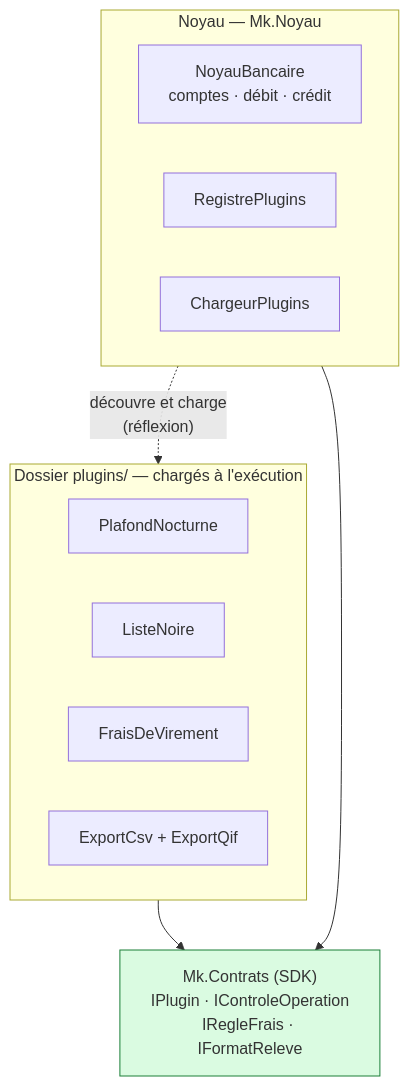
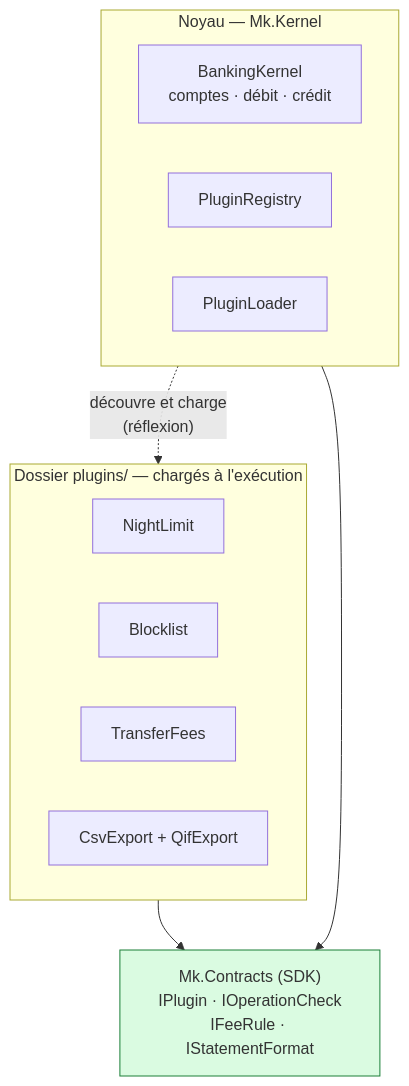
The first of 5 diagrams in Docs/13-microkernel.md (drangoht/ArchitecturesDemo), drawn with Mermaid before and after one commit. The commit also changed other lines of this file and 70 other files, not shown here.

Commit message:
Docs FR : identifiants, liens, diagrammes et sorties alignés sur le code anglais

````diff
--- a/Docs/13-microkernel.md
+++ b/Docs/13-microkernel.md
@@ -16,23 +16,23 @@
 ```mermaid
 flowchart TB
-    subgraph Noyau["Noyau — Mk.Noyau"]
+    subgraph Noyau["Noyau — Mk.Kernel"]
         direction LR
-        N["NoyauBancaire<br/>comptes · débit · crédit"]
-        R["RegistrePlugins"]
-        C["ChargeurPlugins"]
+        N["BankingKernel<br/>comptes · débit · crédit"]
+        R["PluginRegistry"]
+        C["PluginLoader"]
     end
-    SDK["Mk.Contrats (SDK)<br/>IPlugin · IControleOperation<br/>IRegleFrais · IFormatReleve"]
+    SDK["Mk.Contracts (SDK)<br/>IPlugin · IOperationCheck<br/>IFeeRule · IStatementFormat"]
     subgraph Plugins["Dossier plugins/ — chargés à l'exécution"]
         direction LR
-        P1["PlafondNocturne"]
-        P2["ListeNoire"]
-        P3["FraisDeVirement"]
-        P4["ExportCsv + ExportQif"]
+        P1["NightLimit"]
+        P2["Blocklist"]
+        P3["TransferFees"]
+        P4["CsvExport + QifExport"]
     end
     Noyau --> SDK
     Plugins --> SDK
     C -. "découvre et charge<br/>(réflexion)" .-> Plugins
 
     classDef sdk fill:#dafbe1,stroke:#1a7f37
     class SDK sdk
 ```
````
